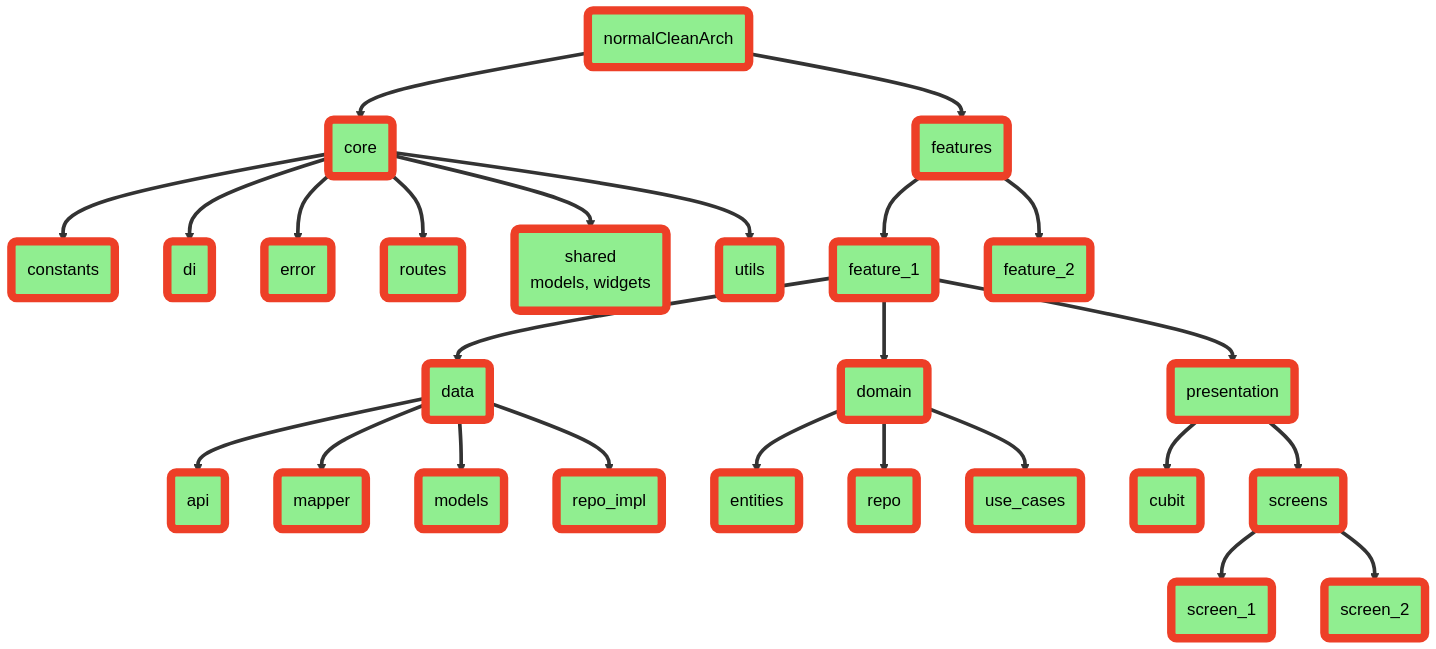
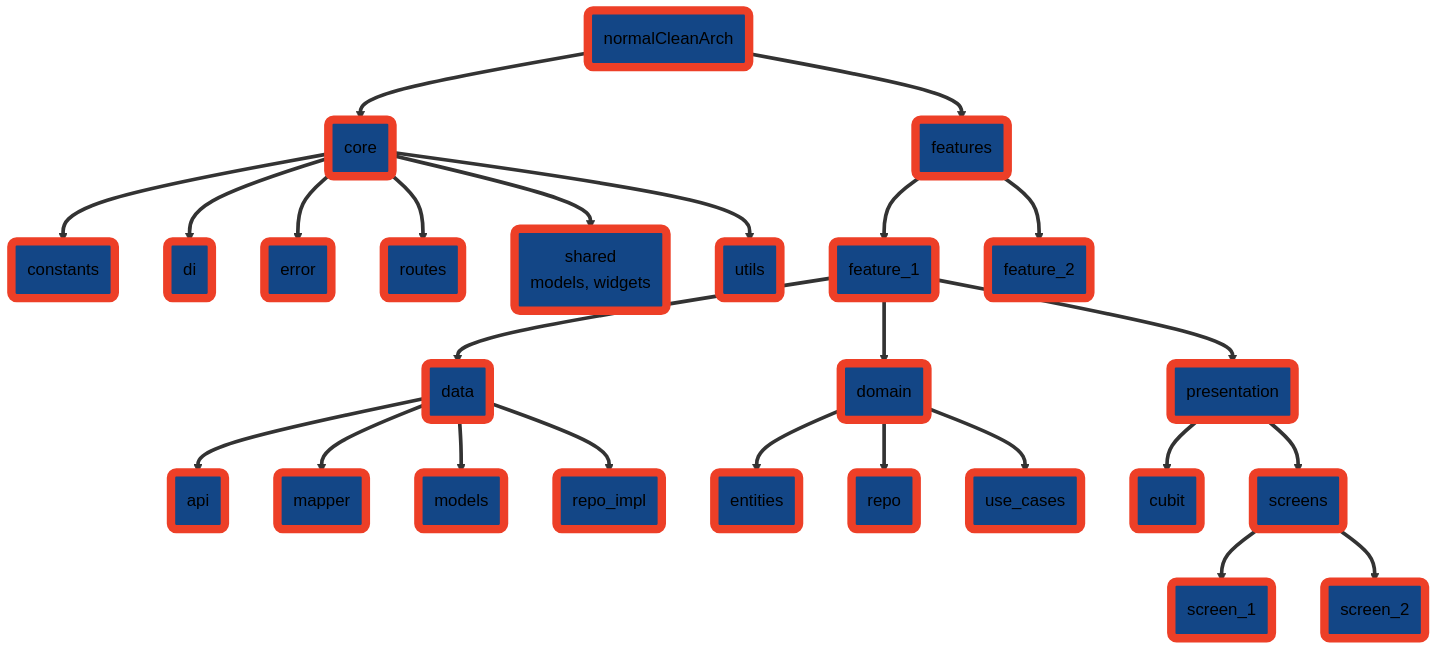
The diagram in README.md (Mahm0udbakir/clean_arch), drawn with Mermaid before and after one commit.

Commit message:
Update class definition colors in README.md architecture diagram for improved visual consistency across core, features, and library components.

````diff
--- a/README.md
+++ b/README.md
@@ -5,36 +5,36 @@
 ```mermaid
 graph TD
     A(normalCleanArch) ==> B(core)
     A ==> C(features)
 
     B ==> B1(constants)
     B ==> B2(di)
     B ==> B3(error)
     B ==> B4(routes)
     B ==> B5("shared<br/>models, widgets")
     B ==> B6(utils)
 
     C ==> C1(feature_1)
     C1 ==> C1a(data)
     C1a ==> C1a1(api)
     C1a ==> C1a2(mapper)
     C1a ==> C1a3(models)
     C1a ==> C1a4(repo_impl)
     C1 ==> C1b(domain)
     C1b ==> C1b1(entities)
     C1b ==> C1b2(repo)
     C1b ==> C1b3(use_cases)
     C1 ==> C1c(presentation)
     C1c ==> C1c1(cubit)
     C1c ==> C1c2(screens)
     C1c2 ==> C1c2a(screen_1)
     C1c2 ==> C1c2b(screen_2)
 
     C ==> C2(feature_2)
 
-    classDef core fill:#90EE90,stroke:#ED3F27,stroke-width:8px,color:#000000;
-    classDef features fill:#90EE90,stroke:#ED3F27,stroke-width:8px,color:#000000;
-    classDef lib fill:#90EE90,stroke:#ED3F27,stroke-width:8px,color:#000000;
+    classDef core fill:#134686,stroke:#ED3F27,stroke-width:8px,color:#000000;
+    classDef features fill:#134686,stroke:#ED3F27,stroke-width:8px,color:#000000;
+    classDef lib fill:#134686,stroke:#ED3F27,stroke-width:8px,color:#000000;
     class A,B,B1,B2,B3,B4,B5,B6 core;
     class C,C1,C1a,C1a1,C1a2,C1a3,C1a4,C1b,C1b1,C1b2,C1b3,C1c,C1c1,C1c2,C1c2a,C1c2b,C2 features;
 ```
````
